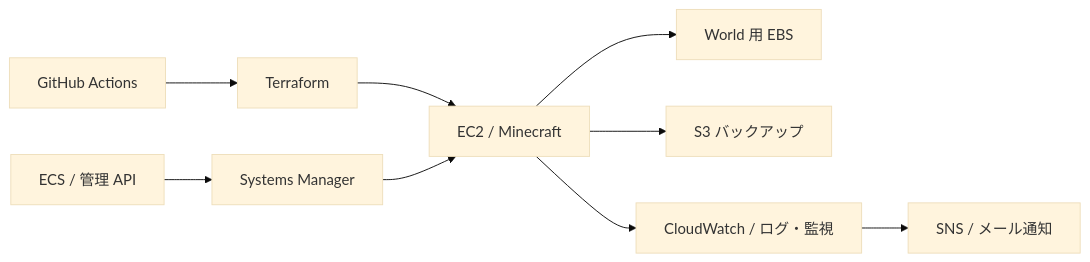
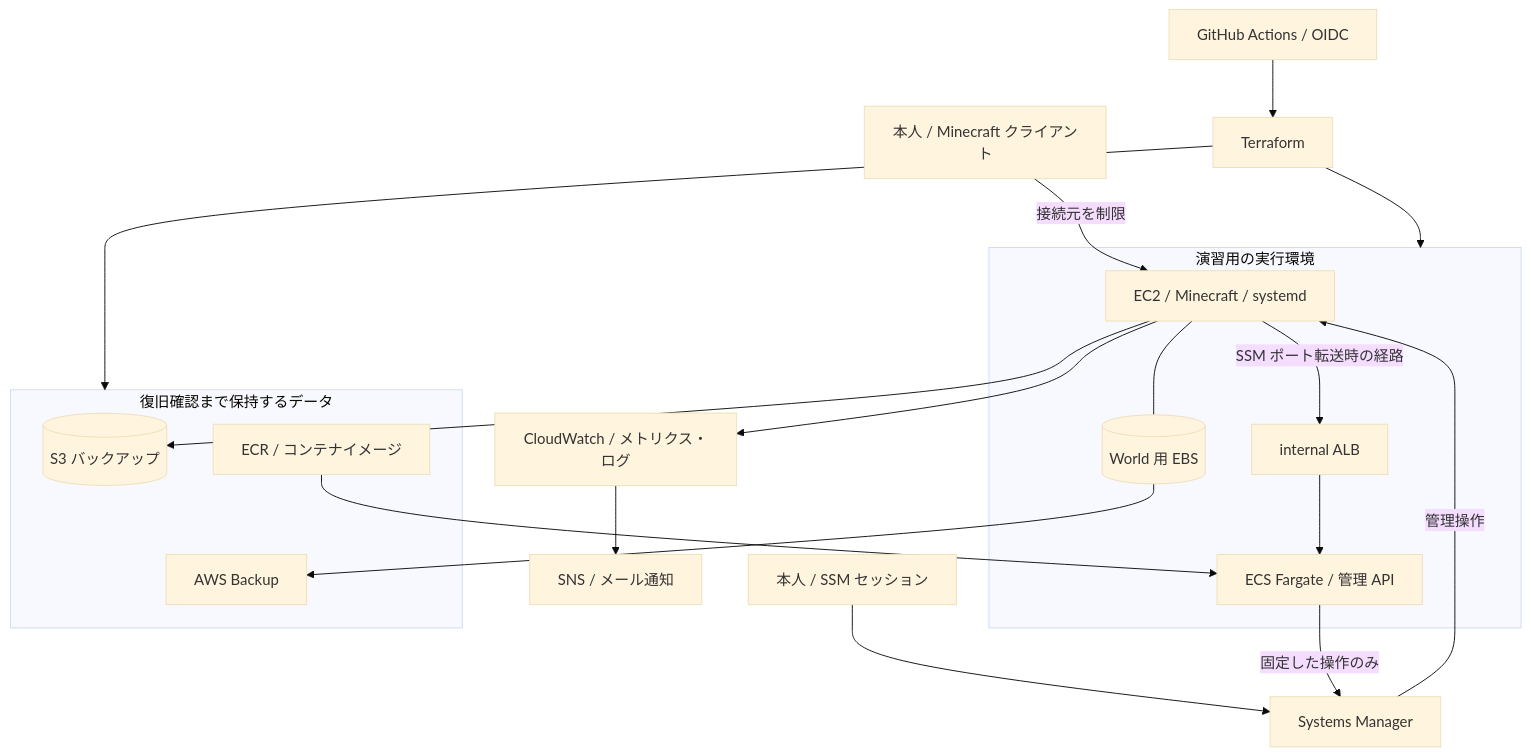
The diagram in README.md (Toridesu/minecraft-platform), drawn with Mermaid (base theme) before and after one commit. The commit also changed other lines of this file, not shown here.

Commit message:
Rework README around architecture and design decisions

````diff
--- a/README.md
+++ b/README.md
@@ -18,11 +11,28 @@
 ```mermaid
-flowchart LR
-    Git[GitHub Actions] --> TF[Terraform]
-    TF --> EC2[EC2 / Minecraft]
-    EC2 --> EBS[World 用 EBS]
-    EC2 --> S3[S3 バックアップ]
-    EC2 --> CW[CloudWatch / ログ・監視]
+flowchart TB
+    Player[本人 / Minecraft クライアント] -->|接続元を制限| MC
+    User[本人 / SSM セッション] --> SSM[Systems Manager]
+    Git[GitHub Actions / OIDC] --> TF[Terraform]
+    TF --> Runtime
+    TF --> Data
+
+    subgraph Runtime[演習用の実行環境]
+        MC[EC2 / Minecraft / systemd] --- EBS[(World 用 EBS)]
+        ALB[internal ALB] --> API[ECS Fargate / 管理 API]
+    end
+
+    subgraph Data[復旧確認まで保持するデータ]
+        S3[(S3 バックアップ)]
+        Backup[AWS Backup]
+        ECR[ECR / コンテナイメージ]
+    end
+
+    SSM -->|管理操作| MC
+    MC -->|SSM ポート転送時の経路| ALB
+    API -->|固定した操作のみ| SSM
+    MC --> S3
+    EBS --> Backup
+    ECR --> API
+    MC --> CW[CloudWatch / メトリクス・ログ]
     CW --> SNS[SNS / メール通知]
-    SSM[Systems Manager] --> EC2
-    API[ECS / 管理 API] --> SSM
 ```
````
